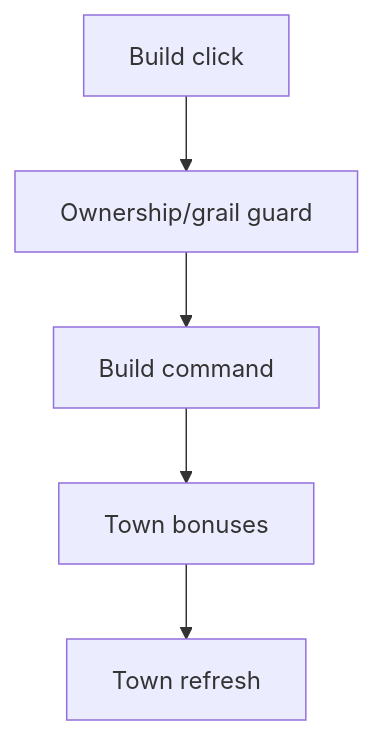
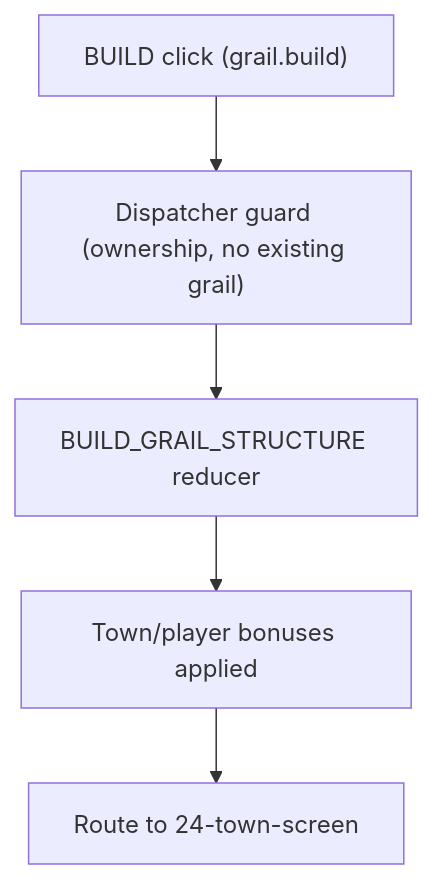
The third of 5 diagrams in docs/architecture/wiki/screens/31-grail-building/architecture.md (SunaNoOshiro/Heroes_Reforged_AI_Realms), drawn with Mermaid before and after one commit. The commit also changed other lines of this file and 518 other files, not shown here.

First line of the commit message:
Add doc-audit skill and sweep architecture/screen docs

````diff
--- a/docs/architecture/wiki/screens/31-grail-building/architecture.md
+++ b/docs/architecture/wiki/screens/31-grail-building/architecture.md
@@ -42,8 +43,7 @@
 ```mermaid
 flowchart TD
-  I0["Build click"] --> I1
-  I1["Ownership/grail guard"] --> I2
-  I2["Build command"] --> I3
-  I3["Town bonuses"] --> I4
-  I4["Town refresh"]
+  I0["BUILD click (grail.build)"] --> I1["Dispatcher guard (ownership, no existing grail)"]
+  I1 --> I2["BUILD_GRAIL_STRUCTURE reducer"]
+  I2 --> I3["Town/player bonuses applied"]
+  I3 --> I4["Route to 24-town-screen"]
 ```
````
